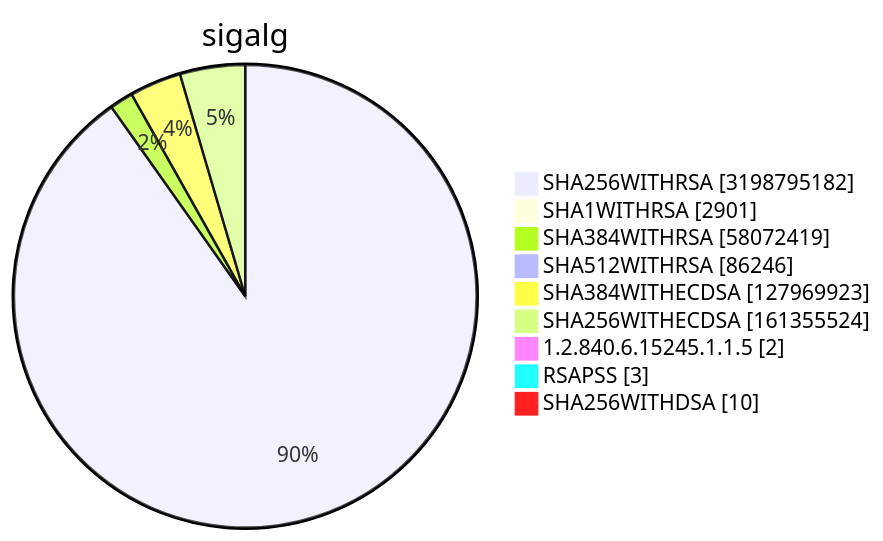
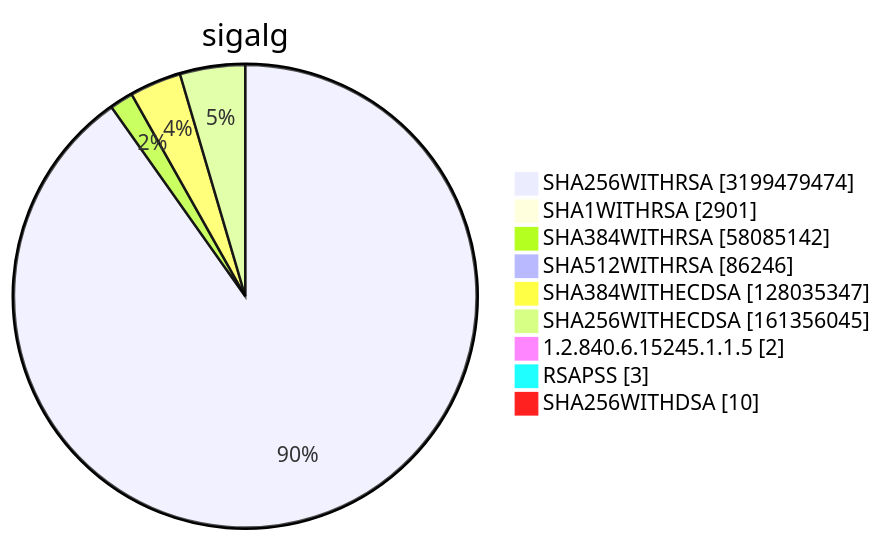
Before and after one commit to christiankrug/ctmonitor_visualization: diagram 15 of 15 in TOTAL/README.md, drawn with Mermaid. The commit also changed other lines of this file, not shown here.

````diff
--- a/TOTAL/README.md
+++ b/TOTAL/README.md
@@ -6216,13 +6216,13 @@
 ```mermaid
 pie showData
 title sigalg
-"SHA256WITHRSA" :3198795182
+"SHA256WITHRSA" :3199479474
 "SHA1WITHRSA" :2901
-"SHA384WITHRSA" :58072419
+"SHA384WITHRSA" :58085142
 "SHA512WITHRSA" :86246
-"SHA384WITHECDSA" :127969923
-"SHA256WITHECDSA" :161355524
+"SHA384WITHECDSA" :128035347
+"SHA256WITHECDSA" :161356045
 "1.2.840.6.15245.1.1.5" :2
 "RSAPSS" :3
 "SHA256WITHDSA" :10
 ```
````
